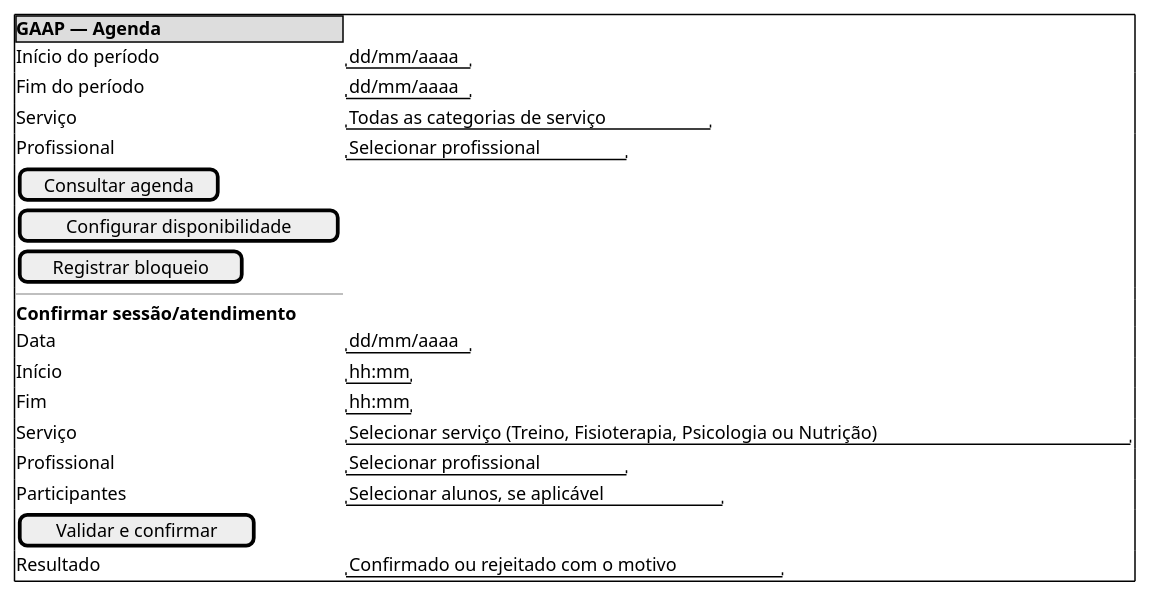
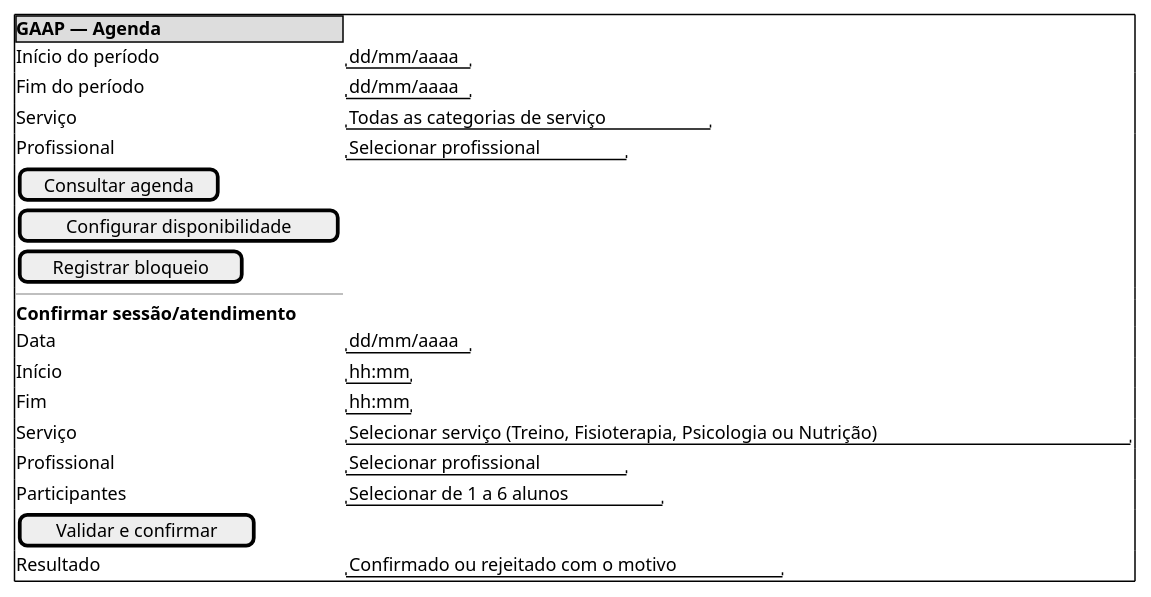
One commit to Projetos-de-Extensao/PECDII_26.2_8001_I changed the fourth of 6 diagrams in docs/Iniciacao/prototipo_baixa_fidelidade.md. Above: the diagram before and after it, drawn with PlantUML. The commit also changed other lines of this file and 29 other files, not shown here.

````diff
--- a/docs/Iniciacao/prototipo_baixa_fidelidade.md
+++ b/docs/Iniciacao/prototipo_baixa_fidelidade.md
@@ -76,24 +76,24 @@
 ```plantuml
 @startsalt
 {+
   {* <b>GAAP — Agenda}
   Início do período | "dd/mm/aaaa"
   Fim do período | "dd/mm/aaaa"
   Serviço | "Todas as categorias de serviço"
   Profissional | "Selecionar profissional"
   [Consultar agenda]
   [Configurar disponibilidade]
   [Registrar bloqueio]
   --
   <b>Confirmar sessão/atendimento
   Data | "dd/mm/aaaa"
   Início | "hh:mm"
   Fim | "hh:mm"
   Serviço | "Selecionar serviço (Treino, Fisioterapia, Psicologia ou Nutrição)"
   Profissional | "Selecionar profissional"
-  Participantes | "Selecionar alunos, se aplicável"
+  Participantes | "Selecionar de 1 a 6 alunos"
   [Validar e confirmar]
   Resultado | "Confirmado ou rejeitado com o motivo"
 }
 @endsalt
 ```
````
